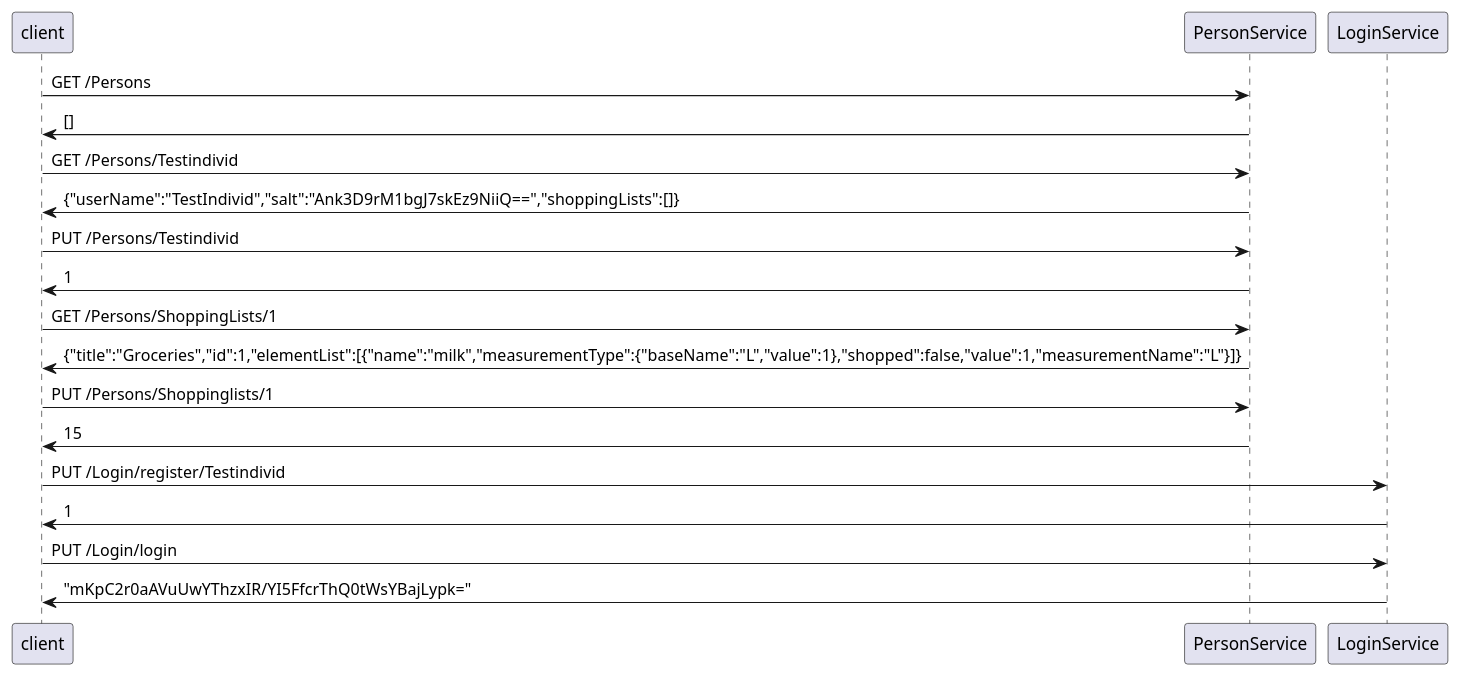
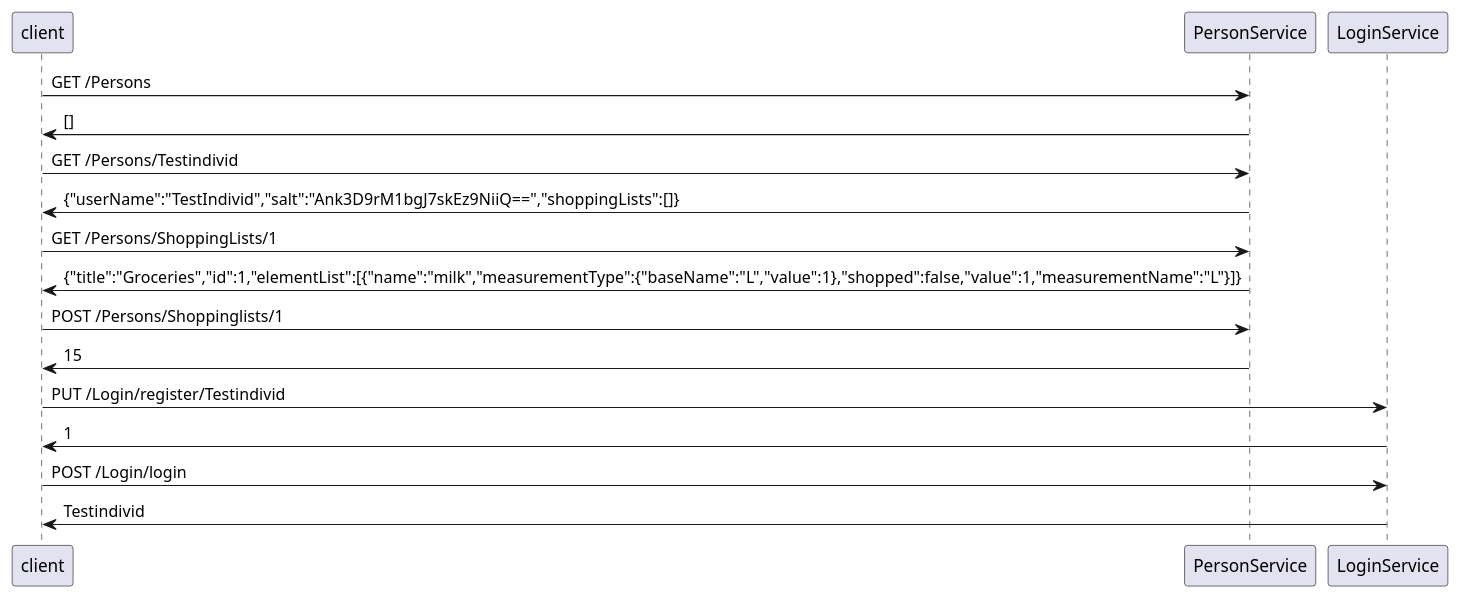
Before and after one commit to Espenbfo/shopping-list-java-project: the diagram in shoppinglist/restapi/README.md, drawn with PlantUML.

````diff
--- a/shoppinglist/restapi/README.md
+++ b/shoppinglist/restapi/README.md
@@ -16,18 +16,16 @@
 ```plantuml
 client -> PersonService: GET /Persons
 PersonService -> client: []
 client -> PersonService: GET /Persons/Testindivid
 PersonService -> client: {"userName":"TestIndivid","salt":"Ank3D9rM1bgJ7skEz9NiiQ==","shoppingLists":[]}
-client -> PersonService: PUT /Persons/Testindivid
-PersonService -> client: 1
 client -> PersonService: GET /Persons/ShoppingLists/1
 PersonService -> client: {"title":"Groceries","id":1,"elementList":[{"name":"milk","measurementType":{"baseName":"L","value":1},"shopped":false,"value":1,"measurementName":"L"}]}
-client -> PersonService: PUT /Persons/Shoppinglists/1
+client -> PersonService: POST /Persons/Shoppinglists/1
 PersonService -> client: 15
 
 client -> LoginService: PUT /Login/register/Testindivid
 LoginService -> client: 1
-client -> LoginService: PUT /Login/login
-LoginService -> client: "mKpC2r0aAVuUwYThzxIR/YI5FfcrThQ0tWsYBajLypk="
+client -> LoginService: POST /Login/login
+LoginService -> client: Testindivid
 
 ```
````
